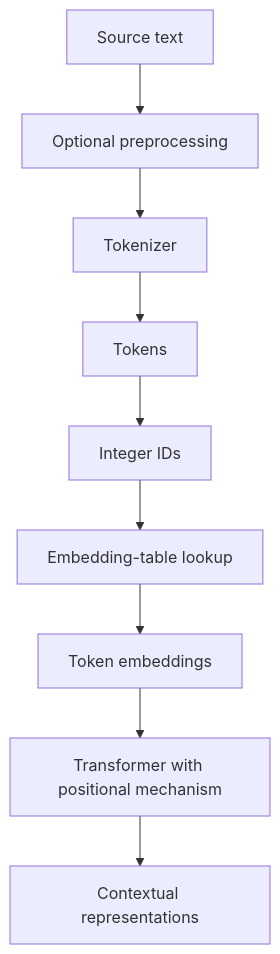
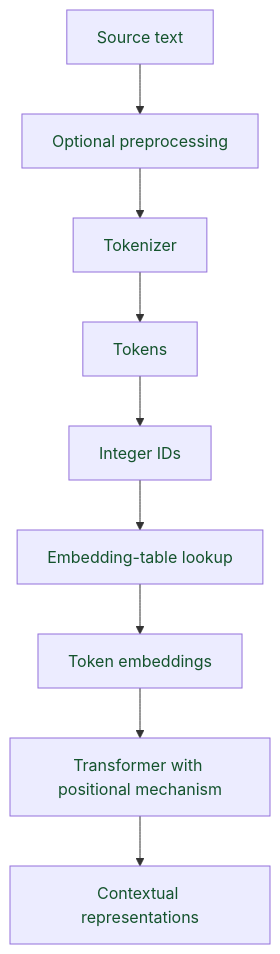
The diagram in site/en/text-data.qmd (JM-Brun/llm-lab), drawn with Mermaid before and after one commit. The commit also changed 2 other files, not shown here.

Commit message:
fix(site): improve pipeline label contrast

````diff
--- a/site/en/text-data.qmd
+++ b/site/en/text-data.qmd
@@ -58,11 +58,12 @@
 ```{mermaid}
 flowchart TB
     A["Source text"] --> B["Optional preprocessing"]
     B --> C["Tokenizer"]
     C --> D["Tokens"]
     D --> E["Integer IDs"]
     E --> F["Embedding-table lookup"]
     F --> G["Token embeddings"]
     G --> H["Transformer with positional mechanism"]
     H --> I["Contextual representations"]
+    classDef default color:#14532D;
 ```
````
